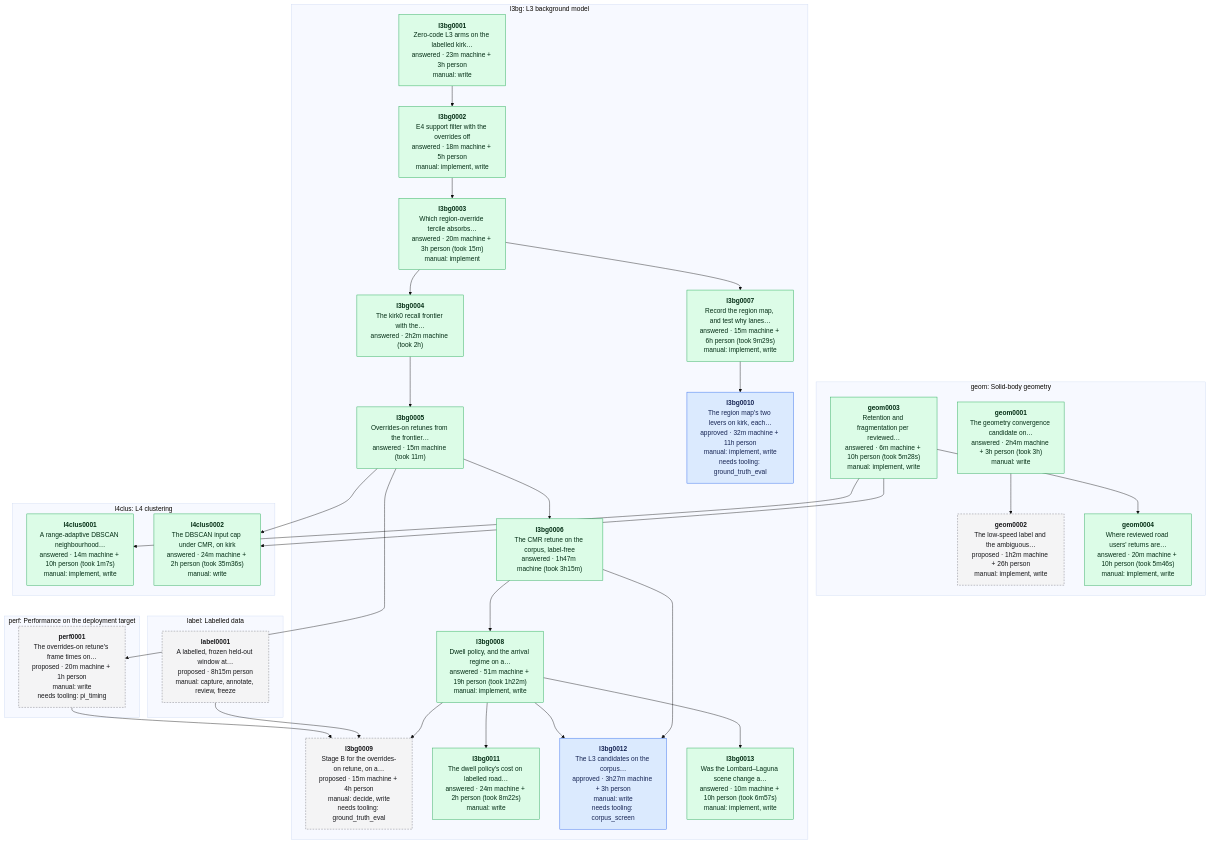
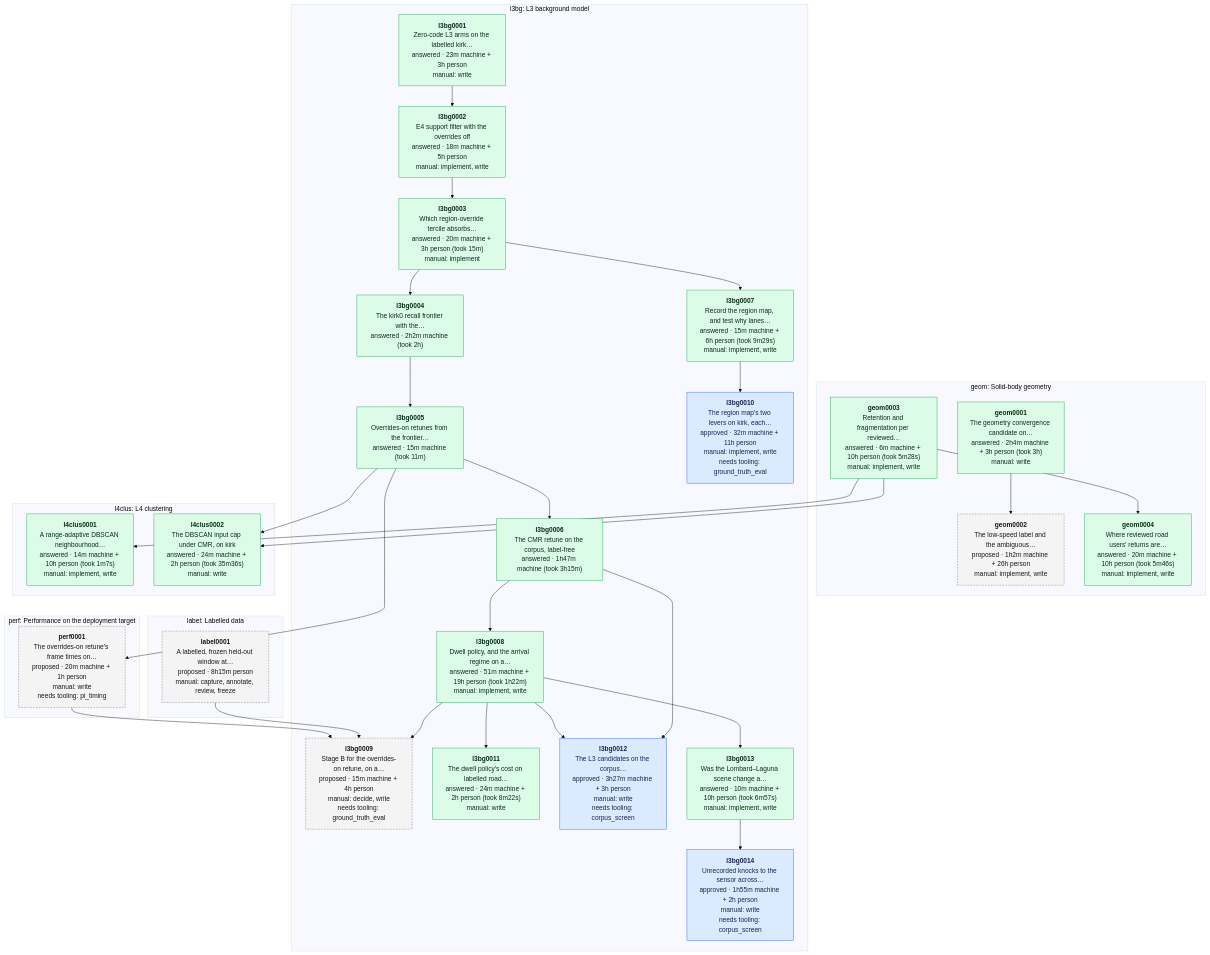
One commit to banshee-data/velocity.report changed the diagram in data/experiments/DEPENDENCIES.md. Above: the diagram before and after it, drawn with Mermaid (base theme). The commit also changed other lines of this file and 2 other files, not shown here.

First line of the commit message:
[ai][go][docs] experiments: the s2-placements case set; spec l3bg0014, a pose sweep of the corpus placements

````diff
--- a/data/experiments/DEPENDENCIES.md
+++ b/data/experiments/DEPENDENCIES.md
@@ -7,59 +7,61 @@
 ```mermaid
 flowchart TB
   classDef proposed fill:#f4f4f5,stroke:#71717a,stroke-dasharray:4 3,color:#18181b
   classDef approved fill:#dbeafe,stroke:#2563eb,color:#172554
   classDef answered fill:#dcfce7,stroke:#16a34a,color:#052e16
   classDef retired fill:#fafafa,stroke:#d4d4d8,color:#71717a
   subgraph area_geom ["geom: Solid-body geometry"]
     geom0001["<b>geom0001</b><br/>The geometry convergence candidate on…<br/>answered · 2h4m machine + 3h person (took 3h)<br/>manual: write"]:::answered
     geom0002["<b>geom0002</b><br/>The low-speed label and the ambiguous…<br/>proposed · 1h2m machine + 26h person<br/>manual: implement, write"]:::proposed
     geom0003["<b>geom0003</b><br/>Retention and fragmentation per reviewed…<br/>answered · 6m machine + 10h person (took 5m28s)<br/>manual: implement, write"]:::answered
     geom0004["<b>geom0004</b><br/>Where reviewed road users' returns are…<br/>answered · 20m machine + 10h person (took 5m46s)<br/>manual: implement, write"]:::answered
   end
   subgraph area_l3bg ["l3bg: L3 background model"]
     l3bg0001["<b>l3bg0001</b><br/>Zero-code L3 arms on the labelled kirk…<br/>answered · 23m machine + 3h person<br/>manual: write"]:::answered
     l3bg0002["<b>l3bg0002</b><br/>E4 support filter with the overrides off<br/>answered · 18m machine + 5h person<br/>manual: implement, write"]:::answered
     l3bg0003["<b>l3bg0003</b><br/>Which region-override tercile absorbs…<br/>answered · 20m machine + 3h person (took 15m)<br/>manual: implement"]:::answered
     l3bg0004["<b>l3bg0004</b><br/>The kirk0 recall frontier with the…<br/>answered · 2h2m machine (took 2h)"]:::answered
     l3bg0005["<b>l3bg0005</b><br/>Overrides-on retunes from the frontier…<br/>answered · 15m machine (took 11m)"]:::answered
     l3bg0006["<b>l3bg0006</b><br/>The CMR retune on the corpus, label-free<br/>answered · 1h47m machine (took 3h15m)"]:::answered
     l3bg0007["<b>l3bg0007</b><br/>Record the region map, and test why lanes…<br/>answered · 15m machine + 6h person (took 9m29s)<br/>manual: implement, write"]:::answered
     l3bg0008["<b>l3bg0008</b><br/>Dwell policy, and the arrival regime on a…<br/>answered · 51m machine + 19h person (took 1h22m)<br/>manual: implement, write"]:::answered
     l3bg0009["<b>l3bg0009</b><br/>Stage B for the overrides-on retune, on a…<br/>proposed · 15m machine + 4h person<br/>manual: decide, write<br/>needs tooling: ground_truth_eval"]:::proposed
     l3bg0010["<b>l3bg0010</b><br/>The region map's two levers on kirk, each…<br/>approved · 32m machine + 11h person<br/>manual: implement, write<br/>needs tooling: ground_truth_eval"]:::approved
     l3bg0011["<b>l3bg0011</b><br/>The dwell policy's cost on labelled road…<br/>answered · 24m machine + 2h person (took 8m22s)<br/>manual: write"]:::answered
     l3bg0012["<b>l3bg0012</b><br/>The L3 candidates on the corpus…<br/>approved · 3h27m machine + 3h person<br/>manual: write<br/>needs tooling: corpus_screen"]:::approved
     l3bg0013["<b>l3bg0013</b><br/>Was the Lombard–Laguna scene change a…<br/>answered · 10m machine + 10h person (took 6m57s)<br/>manual: implement, write"]:::answered
+    l3bg0014["<b>l3bg0014</b><br/>Unrecorded knocks to the sensor across…<br/>approved · 1h55m machine + 2h person<br/>manual: write<br/>needs tooling: corpus_screen"]:::approved
   end
   subgraph area_l4clus ["l4clus: L4 clustering"]
     l4clus0001["<b>l4clus0001</b><br/>A range-adaptive DBSCAN neighbourhood…<br/>answered · 14m machine + 10h person (took 1m7s)<br/>manual: implement, write"]:::answered
     l4clus0002["<b>l4clus0002</b><br/>The DBSCAN input cap under CMR, on kirk<br/>answered · 24m machine + 2h person (took 35m36s)<br/>manual: write"]:::answered
   end
   subgraph area_label ["label: Labelled data"]
     label0001["<b>label0001</b><br/>A labelled, frozen held-out window at…<br/>proposed · 8h15m person<br/>manual: capture, annotate, review, freeze"]:::proposed
   end
   subgraph area_perf ["perf: Performance on the deployment target"]
     perf0001["<b>perf0001</b><br/>The overrides-on retune's frame times on…<br/>proposed · 20m machine + 1h person<br/>manual: write<br/>needs tooling: pi_timing"]:::proposed
   end
   geom0001 --> geom0002
   geom0003 --> geom0004
   l3bg0001 --> l3bg0002
   l3bg0002 --> l3bg0003
   l3bg0003 --> l3bg0004
   l3bg0004 --> l3bg0005
   l3bg0005 --> l3bg0006
   l3bg0003 --> l3bg0007
   l3bg0006 --> l3bg0008
   l3bg0008 --> l3bg0009
   label0001 --> l3bg0009
   perf0001 --> l3bg0009
   l3bg0007 --> l3bg0010
   l3bg0008 --> l3bg0011
   l3bg0006 --> l3bg0012
   l3bg0008 --> l3bg0012
   l3bg0008 --> l3bg0013
+  l3bg0013 --> l3bg0014
   geom0003 --> l4clus0001
   geom0003 --> l4clus0002
   l3bg0005 --> l4clus0002
   l3bg0005 --> perf0001
 ```
````
